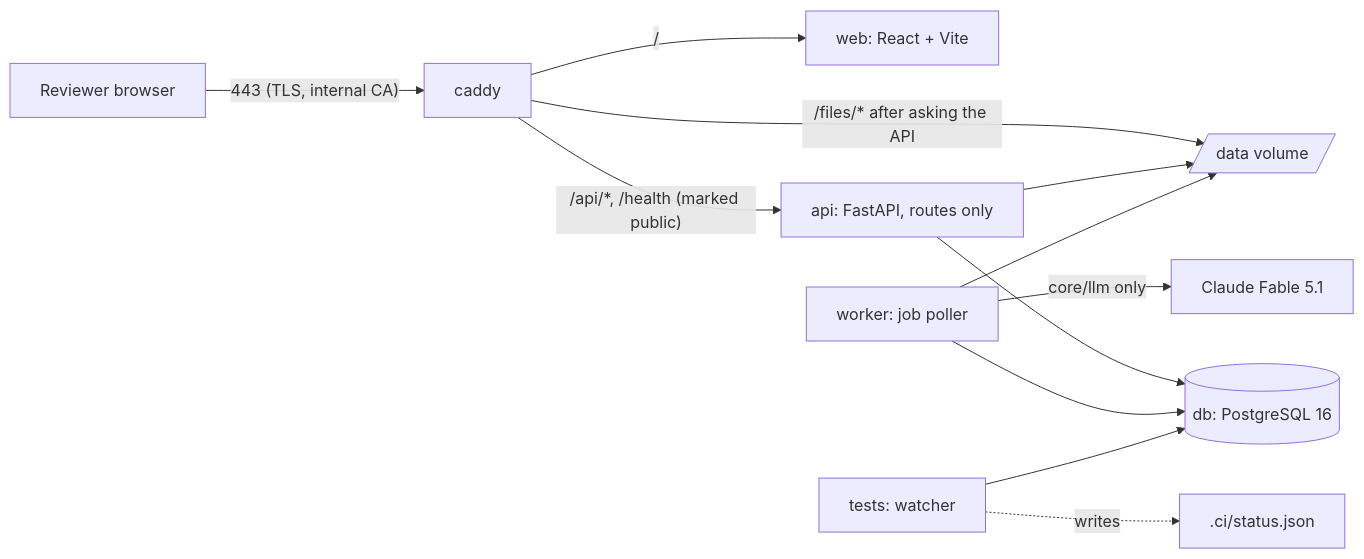
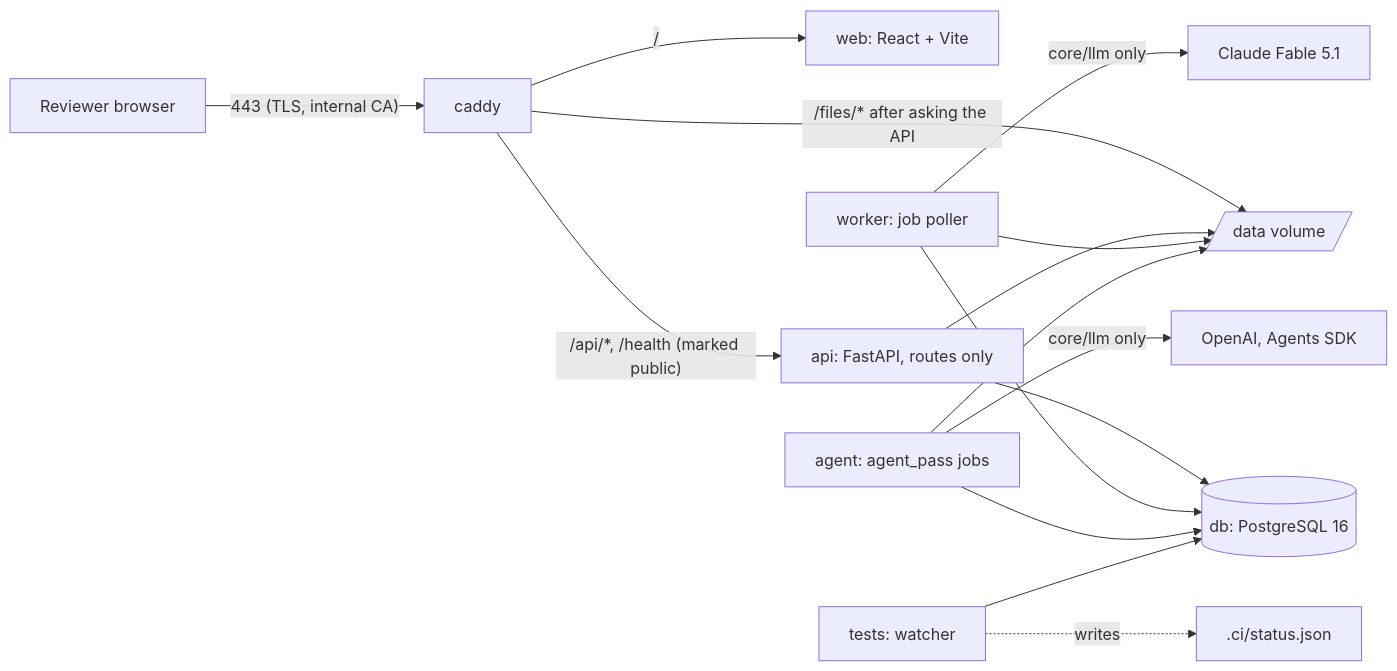
The diagram in docs/ARCHITECTURE.md (Ergplan/tender_engine), drawn with Mermaid before and after one commit. The commit also changed other lines of this file and 47 other files, not shown here.

````diff
--- a/docs/ARCHITECTURE.md
+++ b/docs/ARCHITECTURE.md
@@ -7,14 +7,17 @@
 ```mermaid
 flowchart LR
   R[Reviewer browser] -- "443 (TLS, internal CA)" --> C[caddy]
   C -- "/" --> W[web: React + Vite]
   C -- "/api/*, /health (marked public)" --> A[api: FastAPI, routes only]
   C -- "/files/* after asking the API" --> V
   A --> D[(db: PostgreSQL 16)]
   K[worker: job poller] --> D
   A --> V[/data volume/]
   K --> V
   K -- "core/llm only" --> L[Claude Fable 5.1]
+  G[agent: agent_pass jobs] --> D
+  G --> V
+  G -- "core/llm only" --> O[OpenAI, Agents SDK]
   T[tests: watcher] --> D
   T -. writes .-> S[.ci/status.json]
 ```
````
